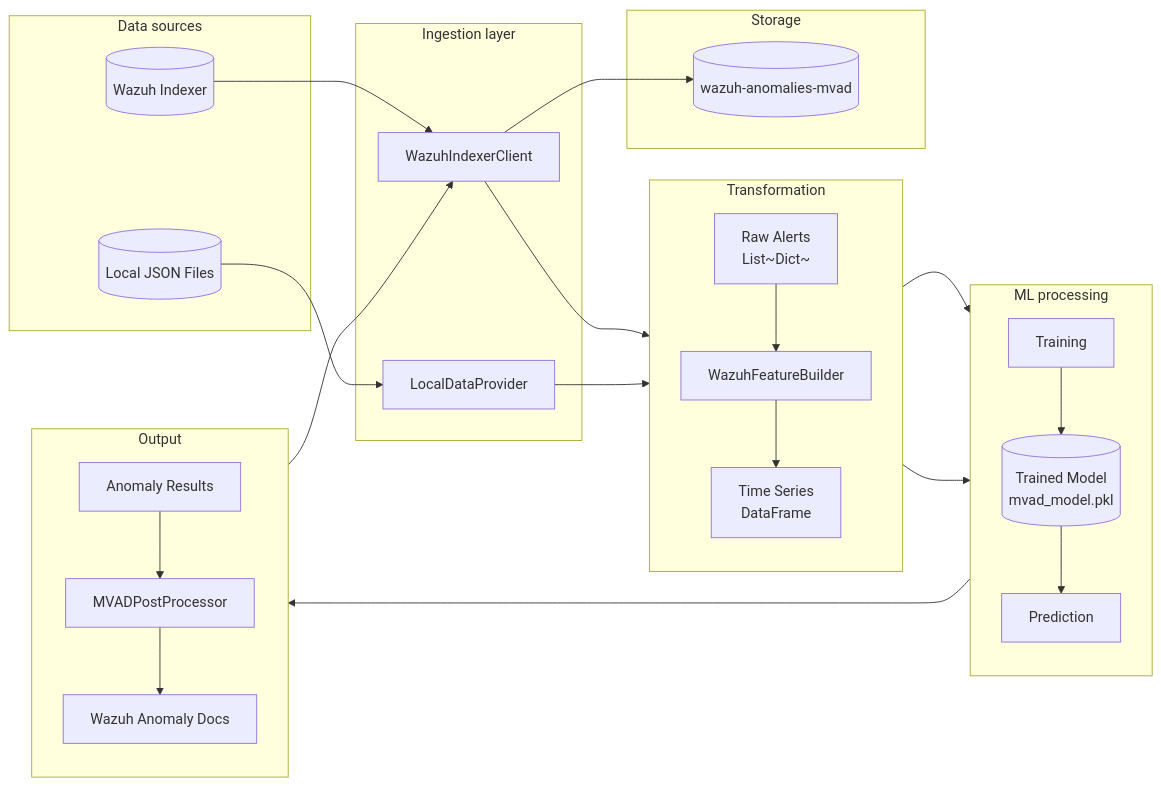
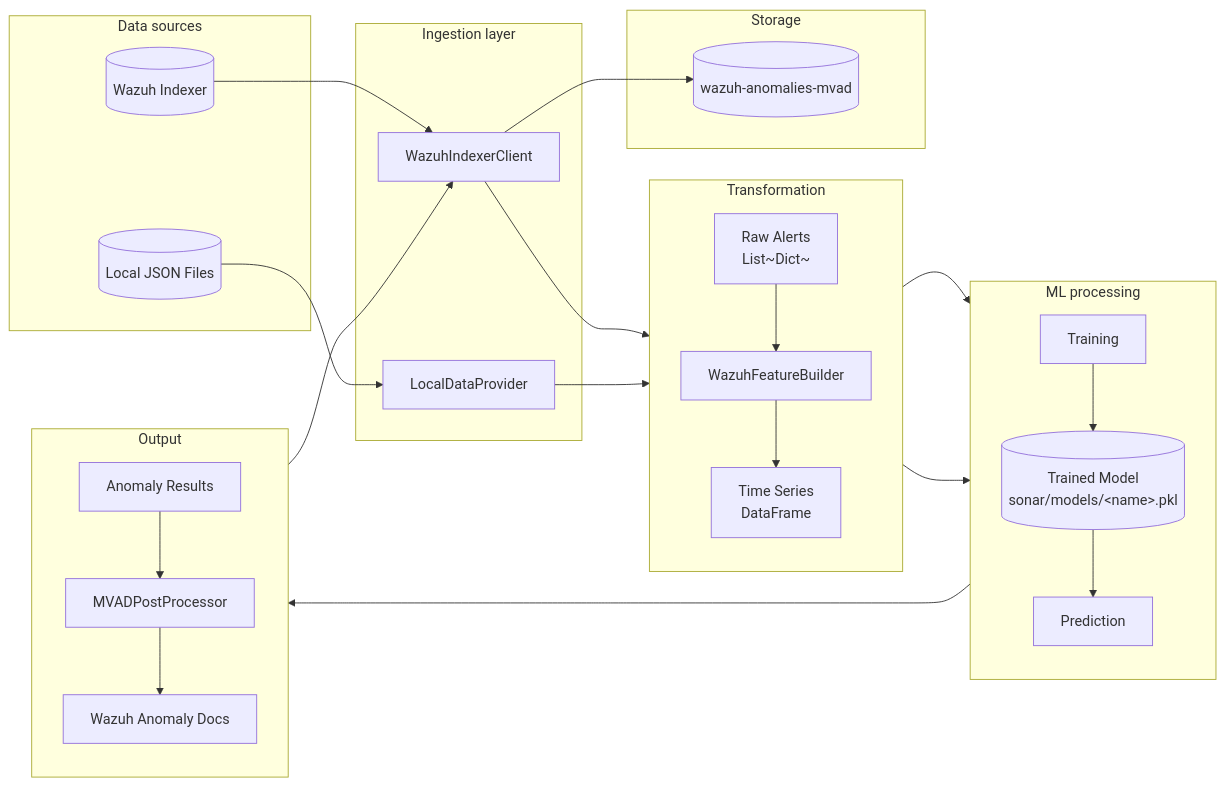
One commit to AbstractionsLab/idps-escape changed the seventh of 9 diagrams in docs/manual/sonar_docs/uml-diagrams.md. Above: the diagram before and after it, drawn with Mermaid. The commit also changed other lines of this file and 117 other files, not shown here.

````diff
--- a/docs/manual/sonar_docs/uml-diagrams.md
+++ b/docs/manual/sonar_docs/uml-diagrams.md
@@ -478,58 +483,58 @@
 ```mermaid
 flowchart LR
     subgraph Input["Data sources"]
         WZ[(Wazuh Indexer)]
         LF[(Local JSON Files)]
     end
 
     subgraph Ingestion["Ingestion layer"]
         WC[WazuhIndexerClient]
         LP[LocalDataProvider]
     end
 
     subgraph Transform["Transformation"]
         direction TB
         RAW[Raw Alerts<br/>List~Dict~]
         TS[Time Series<br/>DataFrame]
         FB[WazuhFeatureBuilder]
     end
 
     subgraph ML["ML processing"]
         direction TB
         TRAIN[Training]
         PRED[Prediction]
-        MODEL[(Trained Model<br/>mvad_model.pkl)]
+        MODEL[(Trained Model<br/>sonar/models/&lt;name&gt;.pkl)]
     end
 
     subgraph Output["Output"]
         direction TB
         RESULTS[Anomaly Results]
         PP[MVADPostProcessor]
         DOCS[Wazuh Anomaly Docs]
     end
 
     subgraph Storage["Storage"]
         ANOM[(wazuh-anomalies-mvad)]
     end
 
     %% Flow
     WZ --> WC
     LF --> LP
 
     WC --> RAW
     LP --> RAW
 
     RAW --> FB
     FB --> TS
 
     TS --> TRAIN
     TRAIN --> MODEL
     MODEL --> PRED
     TS --> PRED
 
     PRED --> RESULTS
     RESULTS --> PP
     PP --> DOCS
     DOCS --> WC
     WC --> ANOM
 ```
````
